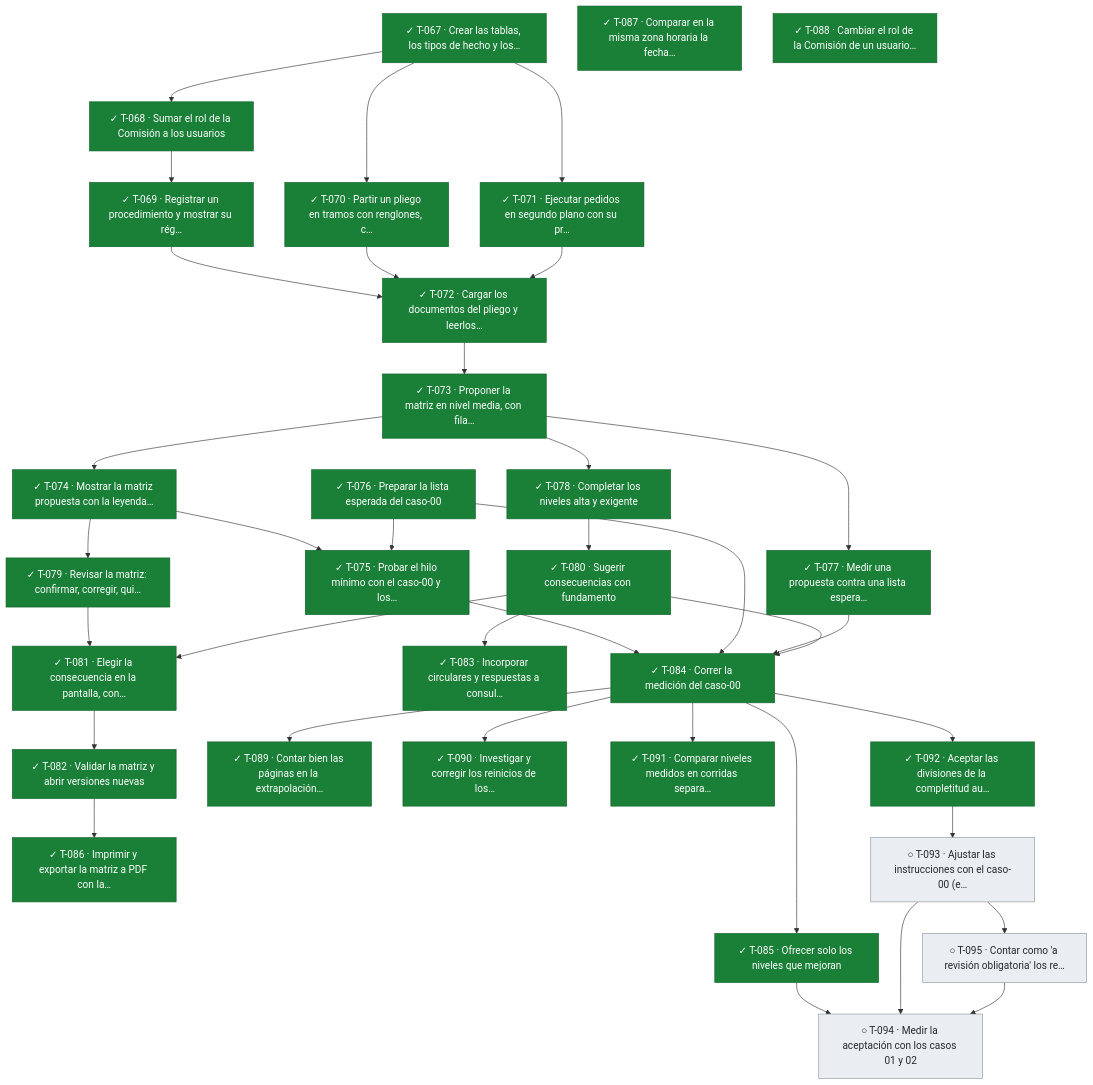
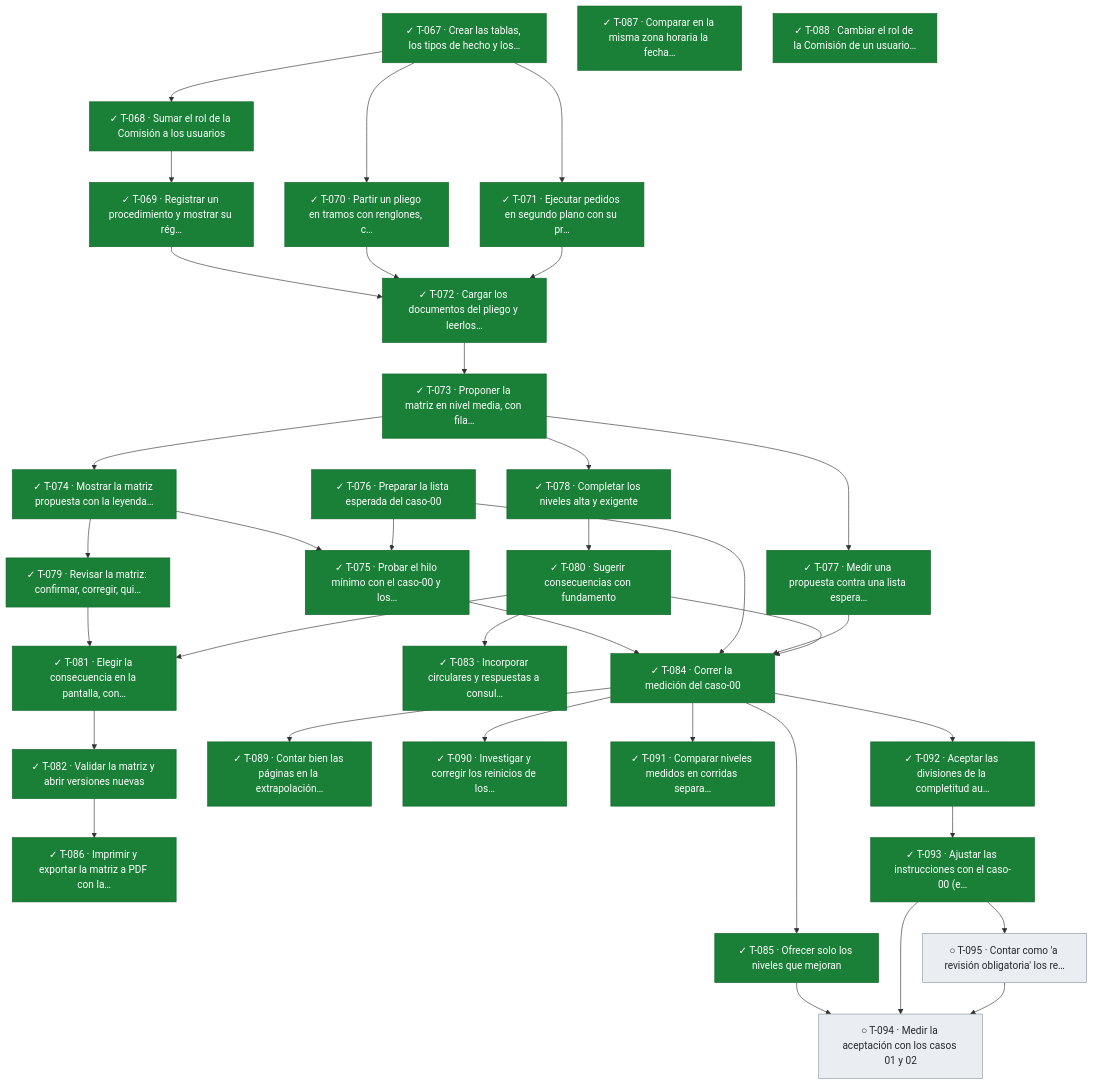
The fifth of 5 diagrams in docs/tablero.md (snavello/EVALUON), drawn with Mermaid before and after one commit. The commit also changed other lines of this file and 1 other file, not shown here.

````diff
--- a/docs/tablero.md
+++ b/docs/tablero.md
@@ -408,71 +408,71 @@
 ```mermaid
 flowchart TD
   T067["✓ T-067 · Crear las tablas, los tipos de hecho y los…"]:::done
   T068["✓ T-068 · Sumar el rol de la Comisión a los usuarios"]:::done
   T069["✓ T-069 · Registrar un procedimiento y mostrar su rég…"]:::done
   T070["✓ T-070 · Partir un pliego en tramos con renglones, c…"]:::done
   T071["✓ T-071 · Ejecutar pedidos en segundo plano con su pr…"]:::done
   T072["✓ T-072 · Cargar los documentos del pliego y leerlos…"]:::done
   T073["✓ T-073 · Proponer la matriz en nivel media, con fila…"]:::done
   T074["✓ T-074 · Mostrar la matriz propuesta con la leyenda…"]:::done
   T075["✓ T-075 · Probar el hilo mínimo con el caso-00 y los…"]:::done
   T076["✓ T-076 · Preparar la lista esperada del caso-00"]:::done
   T077["✓ T-077 · Medir una propuesta contra una lista espera…"]:::done
   T078["✓ T-078 · Completar los niveles alta y exigente"]:::done
   T079["✓ T-079 · Revisar la matriz: confirmar, corregir, qui…"]:::done
   T080["✓ T-080 · Sugerir consecuencias con fundamento"]:::done
   T081["✓ T-081 · Elegir la consecuencia en la pantalla, con…"]:::done
   T082["✓ T-082 · Validar la matriz y abrir versiones nuevas"]:::done
   T083["✓ T-083 · Incorporar circulares y respuestas a consul…"]:::done
   T084["✓ T-084 · Correr la medición del caso-00"]:::done
   T085["✓ T-085 · Ofrecer solo los niveles que mejoran"]:::done
   T086["✓ T-086 · Imprimir y exportar la matriz a PDF con la…"]:::done
   T087["✓ T-087 · Comparar en la misma zona horaria la fecha…"]:::done
   T088["✓ T-088 · Cambiar el rol de la Comisión de un usuario…"]:::done
   T089["✓ T-089 · Contar bien las páginas en la extrapolación…"]:::done
   T090["✓ T-090 · Investigar y corregir los reinicios de los…"]:::done
   T091["✓ T-091 · Comparar niveles medidos en corridas separa…"]:::done
   T092["✓ T-092 · Aceptar las divisiones de la completitud au…"]:::done
-  T093["○ T-093 · Ajustar las instrucciones con el caso-00 (e…"]:::todo
+  T093["✓ T-093 · Ajustar las instrucciones con el caso-00 (e…"]:::done
   T094["○ T-094 · Medir la aceptación con los casos 01 y 02"]:::todo
   T095["○ T-095 · Contar como 'a revisión obligatoria' los re…"]:::todo
   T067 --> T068
   T068 --> T069
   T067 --> T070
   T067 --> T071
   T069 --> T072
   T070 --> T072
   T071 --> T072
   T072 --> T073
   T073 --> T074
   T074 --> T075
   T076 --> T075
   T073 --> T077
   T073 --> T078
   T074 --> T079
   T078 --> T080
   T079 --> T081
   T080 --> T081
   T081 --> T082
   T080 --> T083
   T075 --> T084
   T076 --> T084
   T077 --> T084
   T080 --> T084
   T084 --> T085
   T082 --> T086
   T084 --> T089
   T084 --> T090
   T084 --> T091
   T084 --> T092
   T092 --> T093
   T085 --> T094
   T093 --> T094
   T095 --> T094
   T093 --> T095
   classDef done fill:#1a7f37,stroke:#116329,color:#ffffff
   classDef review fill:#0969da,stroke:#0550ae,color:#ffffff
   classDef active fill:#bf8700,stroke:#7d4e00,color:#ffffff
   classDef blocked fill:#cf222e,stroke:#a40e26,color:#ffffff
   classDef todo fill:#eaeef2,stroke:#8c959f,color:#24292f
 ```
````
